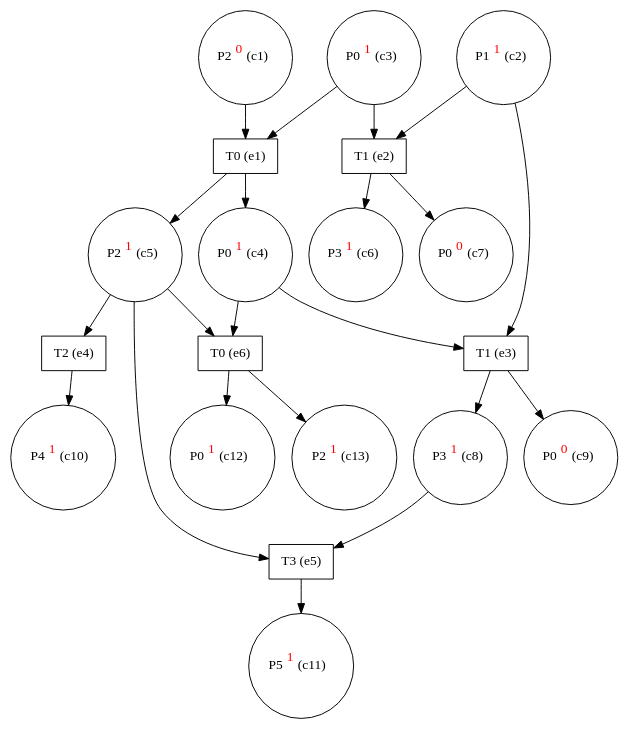
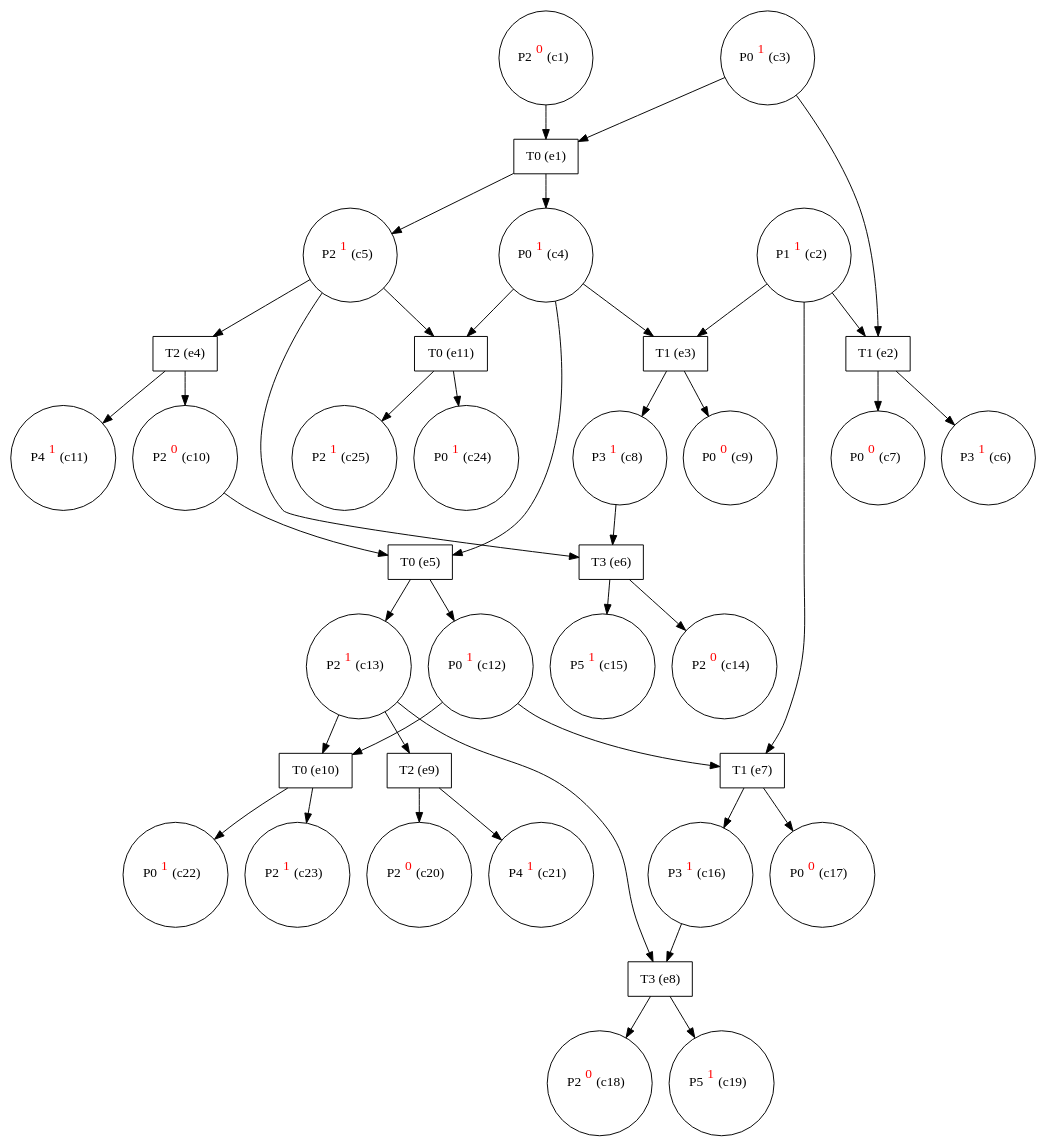
Before and after one commit to giannkas/ecofolder: the diagram in small_eg.dot, drawn with Graphviz. The commit also changed 8 other files, not shown here.

```diff
--- a/small_eg.dot
+++ b/small_eg.dot
@@ -1,42 +1,80 @@
 digraph test {
   c1 -> e1;
+  c2 -> e7;
   c2 -> e3;
   c2 -> e2;
   c3 -> e2;
   c3 -> e1;
   e1 -> c4;
+  c4 -> e5;
   c4 -> e3;
-  c4 -> e6;
+  c4 -> e11;
   e1 -> c5;
-  c5 -> e5;
+  c5 -> e6;
   c5 -> e4;
-  c5 -> e6;
+  c5 -> e11;
   e2 -> c6;
   e2 -> c7;
   e3 -> c8;
-  c8 -> e5;
+  c8 -> e6;
   e3 -> c9;
   e4 -> c10;
-  e5 -> c11;
-  e6 -> c12;
-  e6 -> c13;
+  c10 -> e5;
+  e4 -> c11;
+  e5 -> c12;
+  c12 -> e7;
+  c12 -> e10;
+  e5 -> c13;
+  c13 -> e8;
+  c13 -> e9;
+  c13 -> e10;
+  e6 -> c14;
+  e6 -> c15;
+  e7 -> c16;
+  c16 -> e8;
+  e7 -> c17;
+  e8 -> c18;
+  e8 -> c19;
+  e9 -> c20;
+  e9 -> c21;
+  e10 -> c22;
+  e10 -> c23;
+  e11 -> c24;
+  e11 -> c25;
   c1 [label= <P2<FONT COLOR="red"><SUP>0</SUP></FONT>&nbsp;(c1)> shape=circle];
   c2 [label= <P1<FONT COLOR="red"><SUP>1</SUP></FONT>&nbsp;(c2)> shape=circle];
   c3 [label= <P0<FONT COLOR="red"><SUP>1</SUP></FONT>&nbsp;(c3)> shape=circle];
   c4 [label= <P0<FONT COLOR="red"><SUP>1</SUP></FONT>&nbsp;(c4)> shape=circle];
   c5 [label= <P2<FONT COLOR="red"><SUP>1</SUP></FONT>&nbsp;(c5)> shape=circle];
   c6 [label= <P3<FONT COLOR="red"><SUP>1</SUP></FONT>&nbsp;(c6)> shape=circle];
   c7 [label= <P0<FONT COLOR="red"><SUP>0</SUP></FONT>&nbsp;(c7)> shape=circle];
   c8 [label= <P3<FONT COLOR="red"><SUP>1</SUP></FONT>&nbsp;(c8)> shape=circle];
   c9 [label= <P0<FONT COLOR="red"><SUP>0</SUP></FONT>&nbsp;(c9)> shape=circle];
-  c10 [label= <P4<FONT COLOR="red"><SUP>1</SUP></FONT>&nbsp;(c10)> shape=circle];
-  c11 [label= <P5<FONT COLOR="red"><SUP>1</SUP></FONT>&nbsp;(c11)> shape=circle];
+  c10 [label= <P2<FONT COLOR="red"><SUP>0</SUP></FONT>&nbsp;(c10)> shape=circle];
+  c11 [label= <P4<FONT COLOR="red"><SUP>1</SUP></FONT>&nbsp;(c11)> shape=circle];
   c12 [label= <P0<FONT COLOR="red"><SUP>1</SUP></FONT>&nbsp;(c12)> shape=circle];
   c13 [label= <P2<FONT COLOR="red"><SUP>1</SUP></FONT>&nbsp;(c13)> shape=circle];
+  c14 [label= <P2<FONT COLOR="red"><SUP>0</SUP></FONT>&nbsp;(c14)> shape=circle];
+  c15 [label= <P5<FONT COLOR="red"><SUP>1</SUP></FONT>&nbsp;(c15)> shape=circle];
+  c16 [label= <P3<FONT COLOR="red"><SUP>1</SUP></FONT>&nbsp;(c16)> shape=circle];
+  c17 [label= <P0<FONT COLOR="red"><SUP>0</SUP></FONT>&nbsp;(c17)> shape=circle];
+  c18 [label= <P2<FONT COLOR="red"><SUP>0</SUP></FONT>&nbsp;(c18)> shape=circle];
+  c19 [label= <P5<FONT COLOR="red"><SUP>1</SUP></FONT>&nbsp;(c19)> shape=circle];
+  c20 [label= <P2<FONT COLOR="red"><SUP>0</SUP></FONT>&nbsp;(c20)> shape=circle];
+  c21 [label= <P4<FONT COLOR="red"><SUP>1</SUP></FONT>&nbsp;(c21)> shape=circle];
+  c22 [label= <P0<FONT COLOR="red"><SUP>1</SUP></FONT>&nbsp;(c22)> shape=circle];
+  c23 [label= <P2<FONT COLOR="red"><SUP>1</SUP></FONT>&nbsp;(c23)> shape=circle];
+  c24 [label= <P0<FONT COLOR="red"><SUP>1</SUP></FONT>&nbsp;(c24)> shape=circle];
+  c25 [label= <P2<FONT COLOR="red"><SUP>1</SUP></FONT>&nbsp;(c25)> shape=circle];
   e1 [label="T0 (e1)" shape=box];
   e2 [label="T1 (e2)" shape=box];
   e3 [label="T1 (e3)" shape=box];
   e4 [label="T2 (e4)" shape=box];
-  e5 [label="T3 (e5)" shape=box];
-  e6 [label="T0 (e6)" shape=box];
+  e5 [label="T0 (e5)" shape=box];
+  e6 [label="T3 (e6)" shape=box];
+  e7 [label="T1 (e7)" shape=box];
+  e8 [label="T3 (e8)" shape=box];
+  e9 [label="T2 (e9)" shape=box];
+  e10 [label="T0 (e10)" shape=box];
+  e11 [label="T0 (e11)" shape=box];
 }
```
